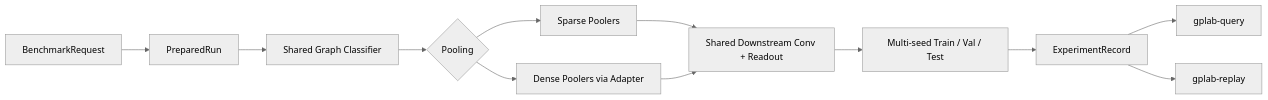
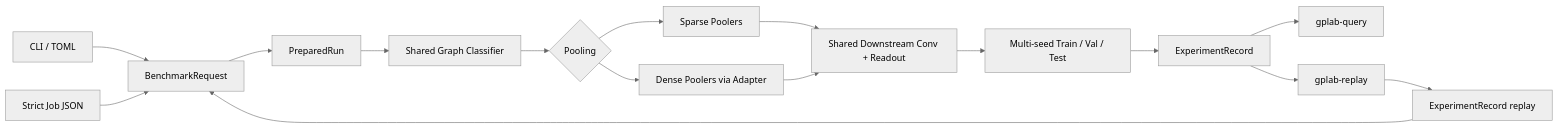
One commit to ChenYizhu97/Graph-Pooling-Lab changed the diagram in README.md. Above: the diagram before and after it, drawn with Mermaid (neutral theme). The commit also changed other lines of this file and 14 other files, not shown here.

Commit message:
Clarify benchmark request adapters

````diff
--- a/README.md
+++ b/README.md
@@ -11,14 +11,18 @@
 ```mermaid
 flowchart LR
-    A["BenchmarkRequest"] --> B["PreparedRun"]
+    CLI["CLI / TOML"] --> A["BenchmarkRequest"]
+    JOB["Strict Job JSON"] --> A
+    REC["ExperimentRecord replay"] --> A
+    A --> B["PreparedRun"]
     B --> C["Shared Graph Classifier"]
     C --> D{"Pooling"}
     D --> E["Sparse Poolers"]
     D --> F["Dense Poolers via Adapter"]
     E --> G["Shared Downstream Conv + Readout"]
     F --> G
     G --> H["Multi-seed Train / Val / Test"]
     H --> I["ExperimentRecord"]
     I --> J["gplab-query"]
     I --> K["gplab-replay"]
+    K --> REC
 ```
````
